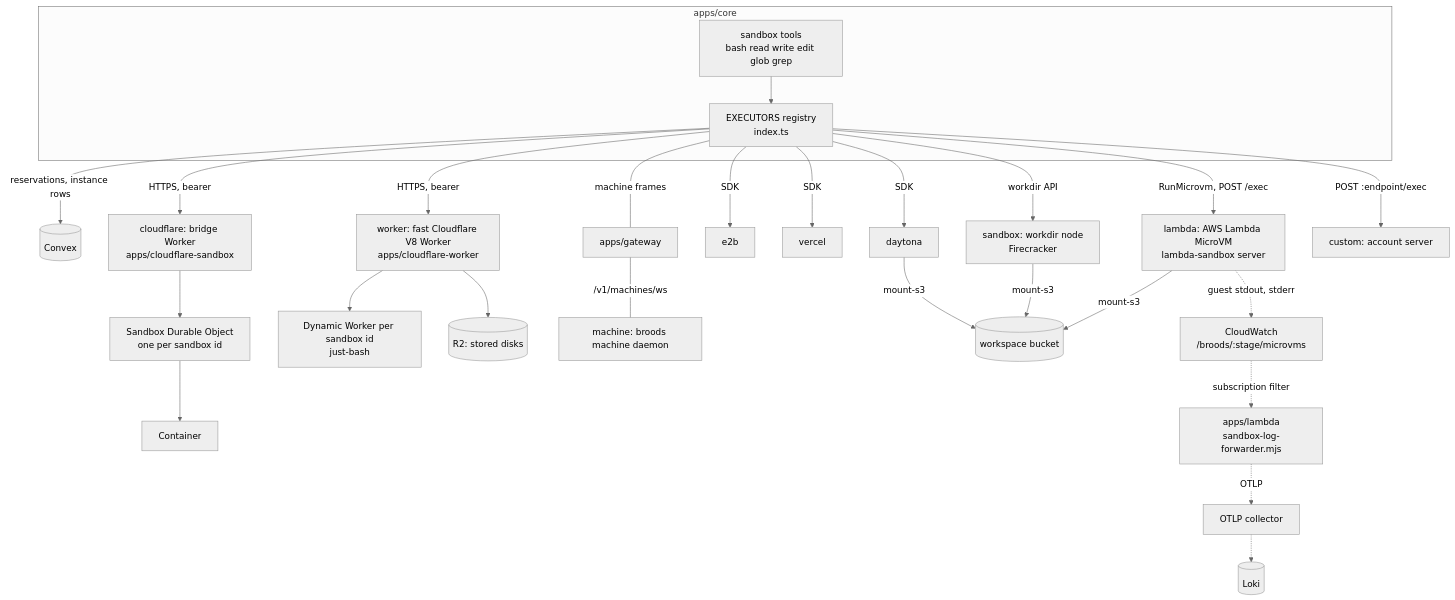
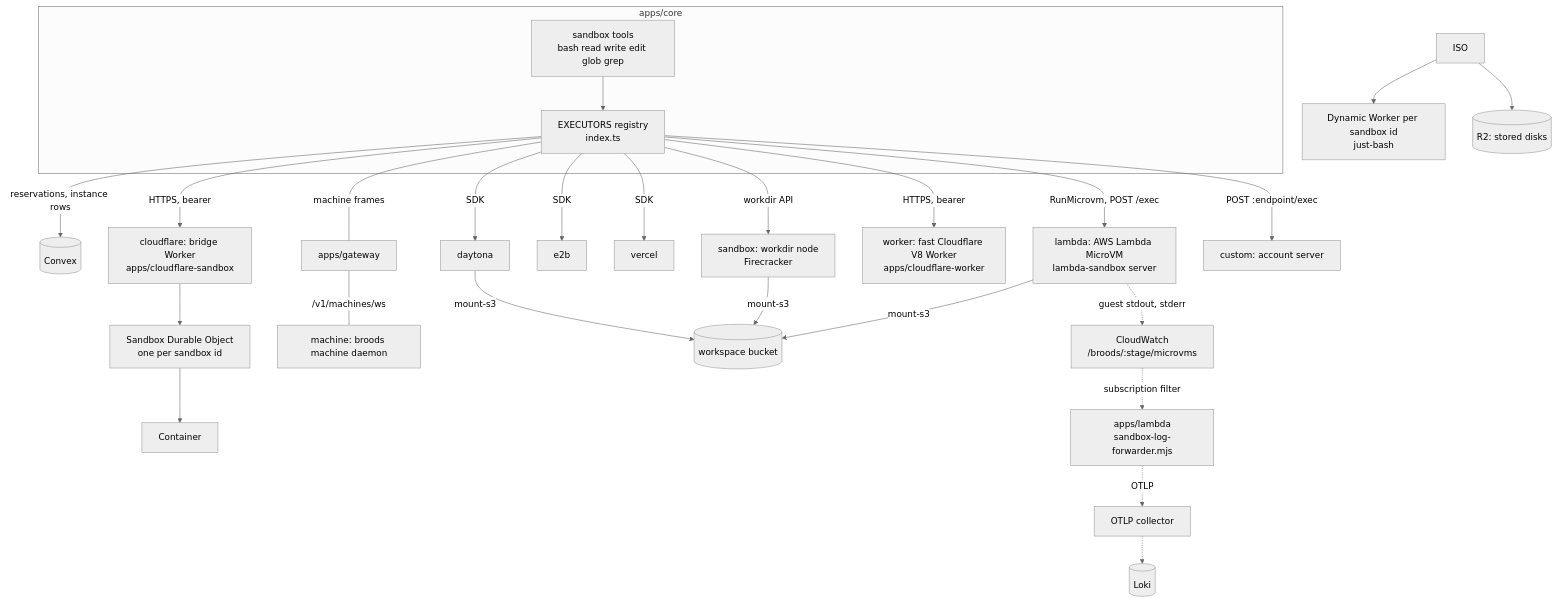
Before and after one commit to beeblastco/broods: the first of 22 diagrams in apps/docs/docs/internals/sandboxes.md, drawn with Mermaid (neutral theme). The commit also changed other lines of this file and 21 other files, not shown here.

````diff
--- a/apps/docs/docs/internals/sandboxes.md
+++ b/apps/docs/docs/internals/sandboxes.md
@@ -9,29 +9,29 @@
 ```mermaid
 flowchart TB
   subgraph core["apps/core"]
     TOOLS["sandbox tools<br/>bash read write edit glob grep"] --> REG["EXECUTORS registry<br/>index.ts"]
   end
   REG -->|"reservations, instance rows"| CVX[("Convex")]
 
   REG -->|"RunMicrovm, POST /exec"| MVM["lambda: AWS Lambda MicroVM<br/>lambda-sandbox server"]
   REG -->|"workdir API"| WD["sandbox: workdir node<br/>Firecracker"]
   REG -->|"SDK"| DAY["daytona"]
   REG -->|"SDK"| E2B["e2b"]
   REG -->|"SDK"| VER["vercel"]
   REG -->|"HTTPS, bearer"| CFW["cloudflare: bridge Worker<br/>apps/cloudflare-sandbox"]
   CFW --> DO["Sandbox Durable Object<br/>one per sandbox id"] --> CT["Container"]
   REG -->|"HTTPS, bearer"| WRK["worker: fast Cloudflare V8 Worker<br/>apps/cloudflare-worker"]
-  WRK --> DW["Dynamic Worker per sandbox id<br/>just-bash"]
-  WRK --> R2[("R2: stored disks")]
+  ISO --> DW["Dynamic Worker per sandbox id<br/>just-bash"]
+  ISO --> R2[("R2: stored disks")]
   REG ---|"machine frames"| GW["apps/gateway"]
   GW ---|"/v1/machines/ws"| DAEMON["machine: broods machine daemon"]
   REG -->|"POST :endpoint/exec"| CUSTOM["custom: account server"]
 
   MVM -->|"mount-s3"| S3[("workspace bucket")]
   WD -->|"mount-s3"| S3
   DAY -->|"mount-s3"| S3
 
   MVM -.->|"guest stdout, stderr"| CW["CloudWatch<br/>/broods/:stage/microvms"]
   CW -.->|"subscription filter"| FWD["apps/lambda<br/>sandbox-log-forwarder.mjs"]
   FWD -.->|"OTLP"| COL["OTLP collector"] -.-> LOKI[("Loki")]
 ```
````
